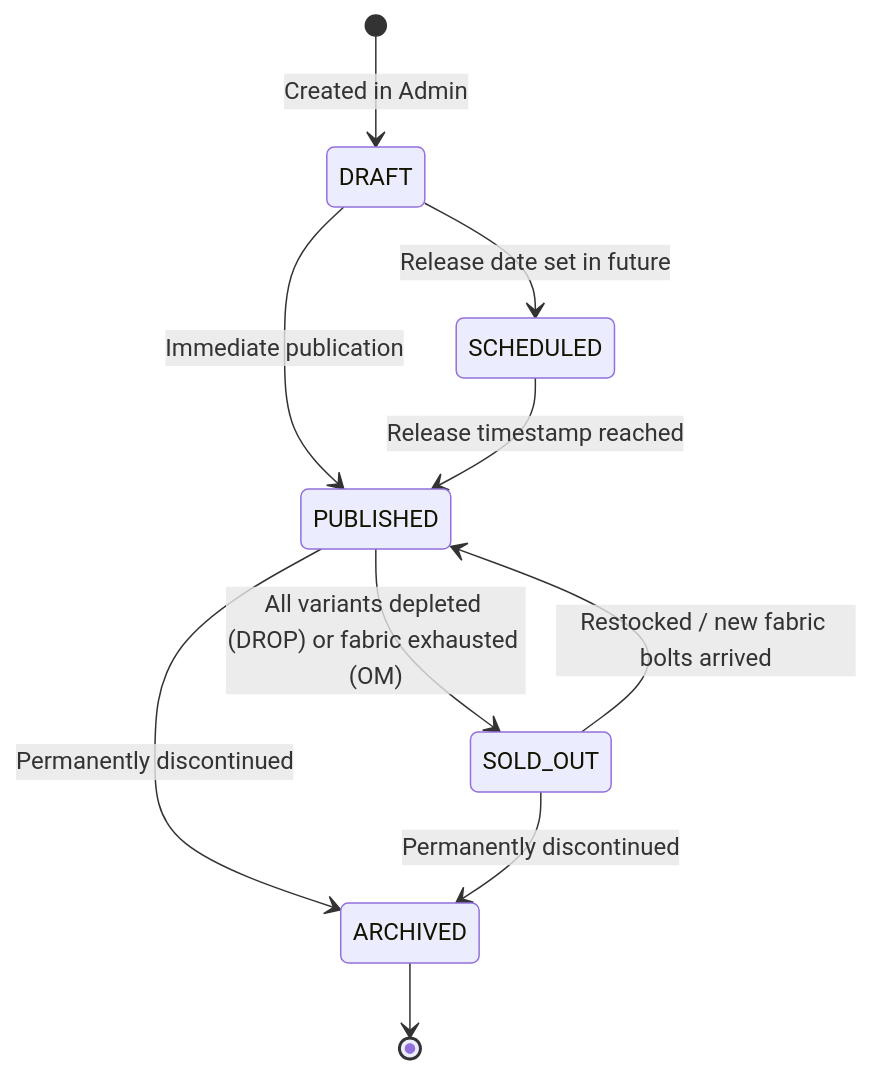
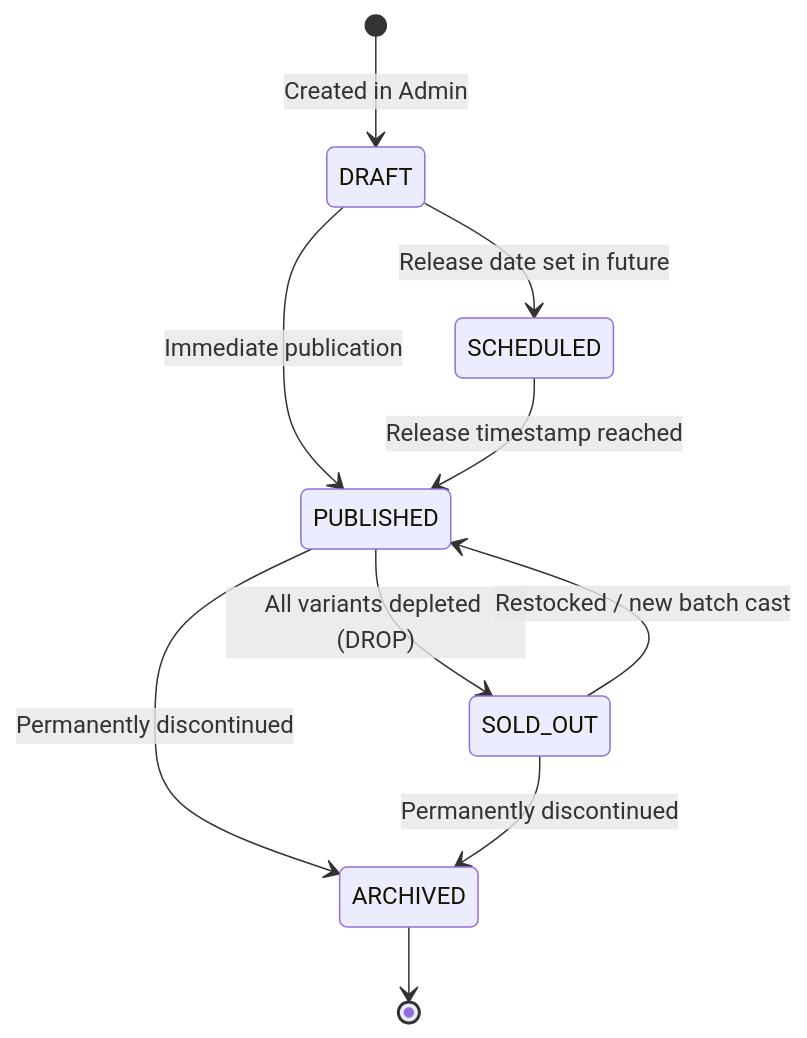
Before and after one commit to Sarthak2233/Jeanius: the fourth of 10 diagrams in docs/product/PRODUCT-CONTRACT.md, drawn with Mermaid. The commit also changed other lines of this file and 145 other files, not shown here.

````diff
--- a/docs/product/PRODUCT-CONTRACT.md
+++ b/docs/product/PRODUCT-CONTRACT.md
@@ -247,12 +226,12 @@
 ```mermaid
 stateDiagram-v2
     [*] --> DRAFT: Created in Admin
     DRAFT --> SCHEDULED: Release date set in future
     DRAFT --> PUBLISHED: Immediate publication
     SCHEDULED --> PUBLISHED: Release timestamp reached
-    PUBLISHED --> SOLD_OUT: All variants depleted (DROP) or fabric exhausted (OM)
-    SOLD_OUT --> PUBLISHED: Restocked / new fabric bolts arrived
+    PUBLISHED --> SOLD_OUT: All variants depleted (DROP)
+    SOLD_OUT --> PUBLISHED: Restocked / new batch cast
     PUBLISHED --> ARCHIVED: Permanently discontinued
     SOLD_OUT --> ARCHIVED: Permanently discontinued
     ARCHIVED --> [*]
 ```
````
